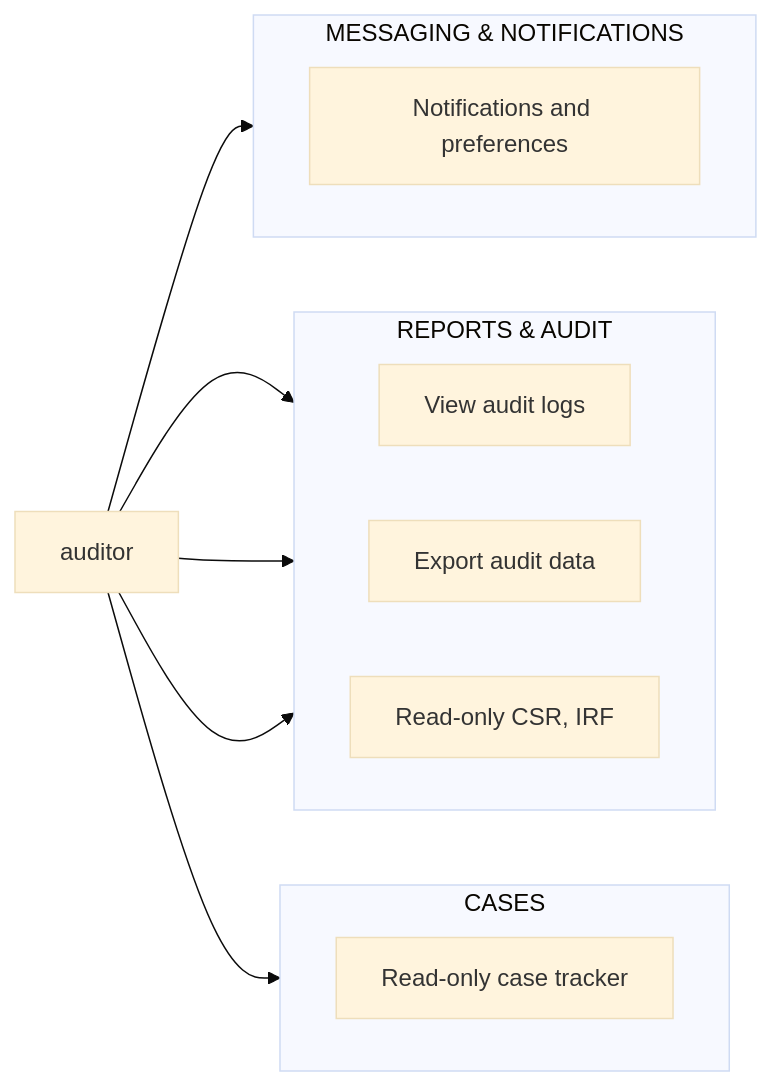
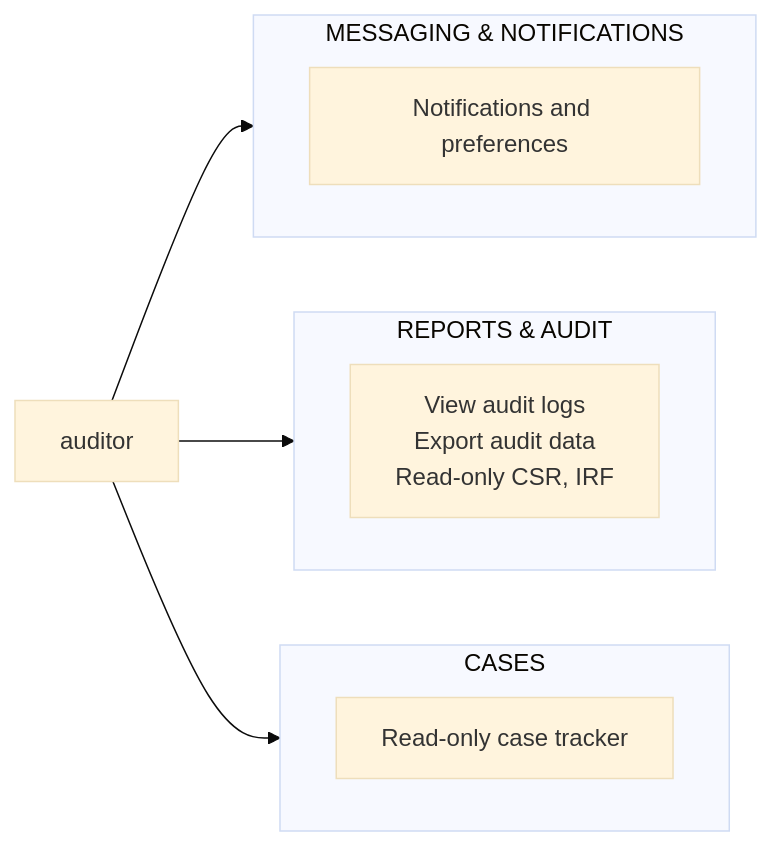
The ninth of 10 diagrams in docs/diagrams/02-use-case-diagram.md (urlsalimbot/THESIS1-KAPWA), drawn with Mermaid (base theme) before and after one commit. The commit also changed other lines of this file, not shown here.

Commit message:
docs: pair each role's category-grouped use case diagram with its description on one letter page

````diff
--- a/docs/diagrams/02-use-case-diagram.md
+++ b/docs/diagrams/02-use-case-diagram.md
@@ -332,27 +248,23 @@
 ```mermaid
 flowchart LR
     AU["auditor"]
 
     subgraph Cases[CASES]
         direction LR
         T1["Read-only case tracker"]
     end
 
     subgraph Reports[REPORTS & AUDIT]
         direction LR
-        T2["View audit logs"]
-        T3["Export audit data"]
-        T4["Read-only CSR, IRF"]
+        T2["View audit logs<br/>Export audit data<br/>Read-only CSR, IRF"]
     end
 
-    subgraph Messaging[MESSAGING & NOTIFICATIONS]
+    subgraph Comms[MESSAGING & NOTIFICATIONS]
         direction LR
-        T5["Notifications and preferences"]
+        T3["Notifications and preferences"]
     end
 
     AU --> T1
     AU --> T2
     AU --> T3
-    AU --> T4
-    AU --> T5
 ```
````
